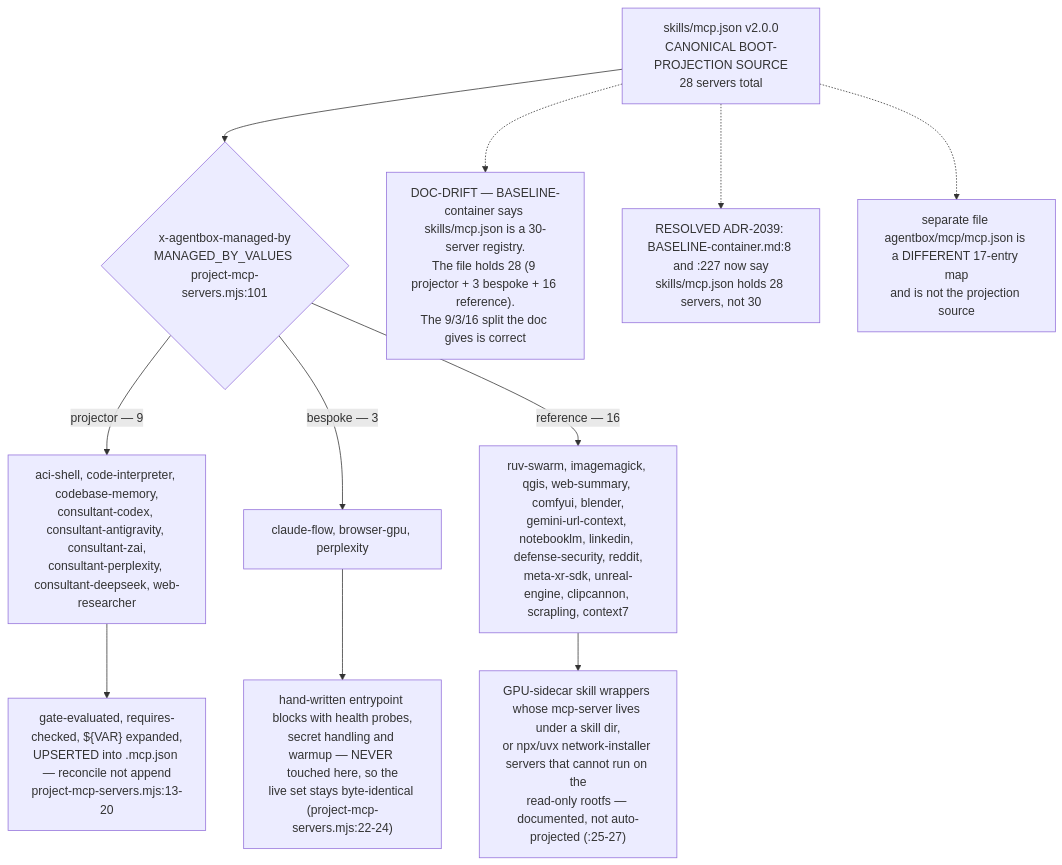
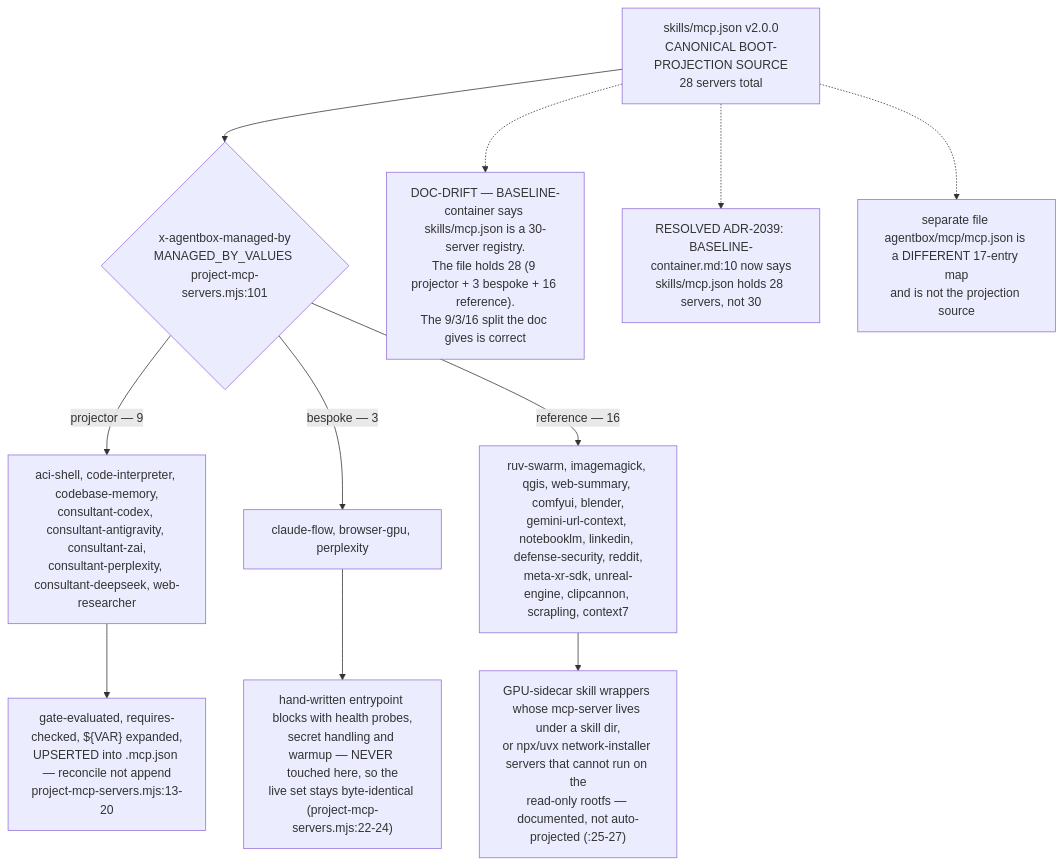
One commit to DreamLab-AI/VisionFlow changed the first of 7 diagrams in docs/diagrams/agentbox/09-mcp-servers-catalogue.md. Above: the diagram before and after it, drawn with Mermaid. The commit also changed other lines of this file and 185 other files, not shown here.

Commit message:
docs(estate): reconcile diagrams and ADRs with source and define closeout sprint

````diff
--- a/docs/diagrams/agentbox/09-mcp-servers-catalogue.md
+++ b/docs/diagrams/agentbox/09-mcp-servers-catalogue.md
@@ -27,13 +28,13 @@
 ```mermaid
 flowchart TD
     REG["skills/mcp.json v2.0.0<br/>CANONICAL BOOT-PROJECTION SOURCE<br/>28 servers total"] --> CLS{"x-agentbox-managed-by<br/>MANAGED_BY_VALUES project-mcp-servers.mjs:101"}
     CLS -->|projector — 9| PJ["aci-shell, code-interpreter, codebase-memory,<br/>consultant-codex, consultant-antigravity, consultant-zai,<br/>consultant-perplexity, consultant-deepseek, web-researcher"]
     CLS -->|bespoke — 3| BS["claude-flow, browser-gpu, perplexity"]
     CLS -->|reference — 16| RF["ruv-swarm, imagemagick, qgis, web-summary, comfyui, blender,<br/>gemini-url-context, notebooklm, linkedin, defense-security, reddit,<br/>meta-xr-sdk, unreal-engine, clipcannon, scrapling, context7"]
     PJ --> ACT["gate-evaluated, requires-checked, ${VAR} expanded,<br/>UPSERTED into .mcp.json — reconcile not append<br/>project-mcp-servers.mjs:13-20"]
     BS --> NEVER["hand-written entrypoint blocks with health probes,<br/>secret handling and warmup — NEVER touched here, so the<br/>live set stays byte-identical (project-mcp-servers.mjs:22-24)"]
     RF --> DOC["GPU-sidecar skill wrappers whose mcp-server lives under a skill dir,<br/>or npx/uvx network-installer servers that cannot run on the<br/>read-only rootfs — documented, not auto-projected (:25-27)"]
     REG -.-> D1["DOC-DRIFT — BASELINE-container says skills/mcp.json is a 30-server registry.<br/>The file holds 28 (9 projector + 3 bespoke + 16 reference).<br/>The 9/3/16 split the doc gives is correct"]
-    REG -.-> D1R["RESOLVED ADR-2039: BASELINE-container.md:8 and :227 now say<br/>skills/mcp.json holds 28 servers, not 30"]
+    REG -.-> D1R["RESOLVED ADR-2039: BASELINE-container.md:10 now says<br/>skills/mcp.json holds 28 servers, not 30"]
     REG -.-> D2["separate file agentbox/mcp/mcp.json is a DIFFERENT 17-entry map<br/>and is not the projection source"]
 ```
````
